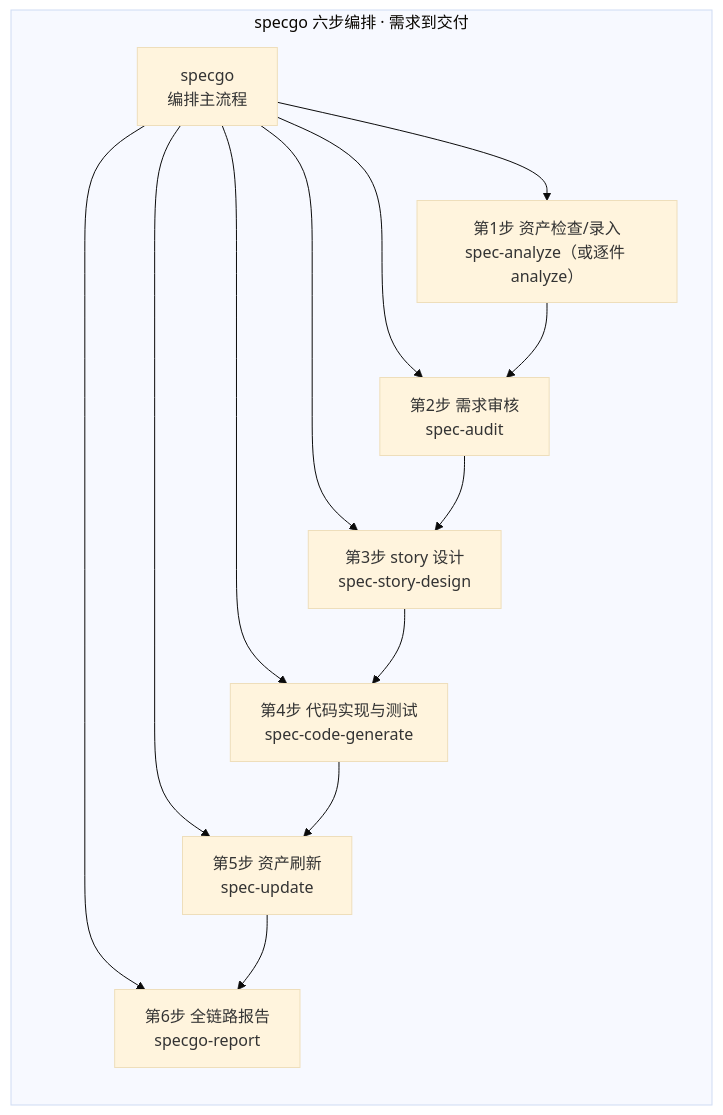
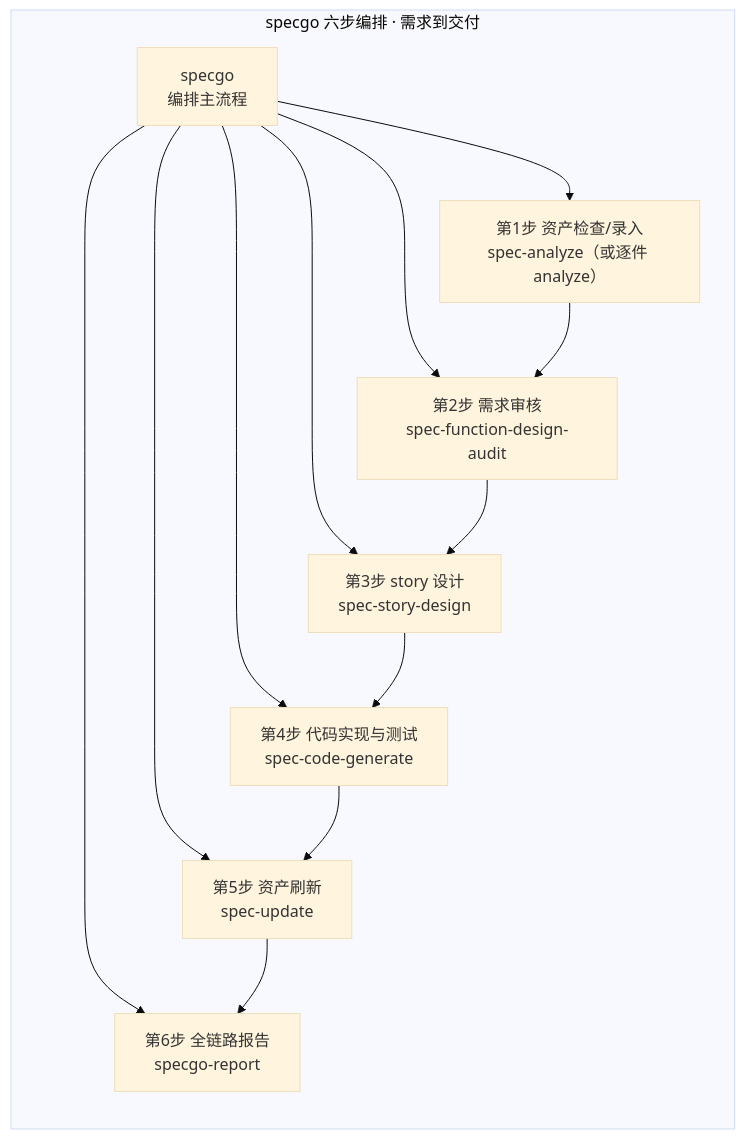
The second of 4 diagrams in README.md (CoreGeekASTL/specgo), drawn with Mermaid (base theme) before and after one commit. The commit also changed other lines of this file and 23 other files, not shown here.

First line of the commit message:
feat: spec-audit 拆分为 spec-function-design-audit + spec-asset-audit，版本升 2.9.0

````diff
--- a/README.md
+++ b/README.md
@@ -43,24 +43,24 @@
 ```mermaid
 flowchart TB
     subgraph L["specgo 六步编排 · 需求到交付"]
         direction TB
         R0["specgo<br/>编排主流程"]
         S1["第1步 资产检查/录入<br/>spec-analyze（或逐件 analyze）"]
-        S2["第2步 需求审核<br/>spec-audit"]
+        S2["第2步 需求审核<br/>spec-function-design-audit"]
         S3["第3步 story 设计<br/>spec-story-design"]
         S4["第4步 代码实现与测试<br/>spec-code-generate"]
         S5["第5步 资产刷新<br/>spec-update"]
         S6["第6步 全链路报告<br/>specgo-report"]
         R0 --> S1
         R0 --> S2
         R0 --> S3
         R0 --> S4
         R0 --> S5
         R0 --> S6
         S1 --> S2
         S2 --> S3
         S3 --> S4
         S4 --> S5
         S5 --> S6
     end
 ```
````
